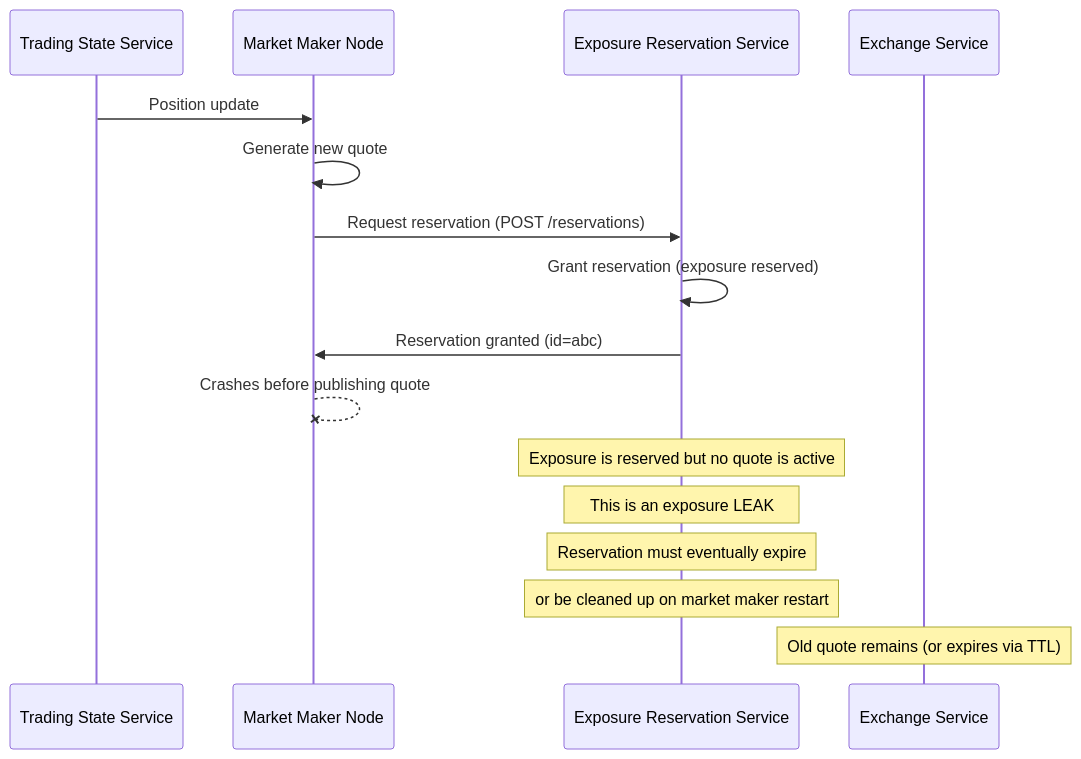
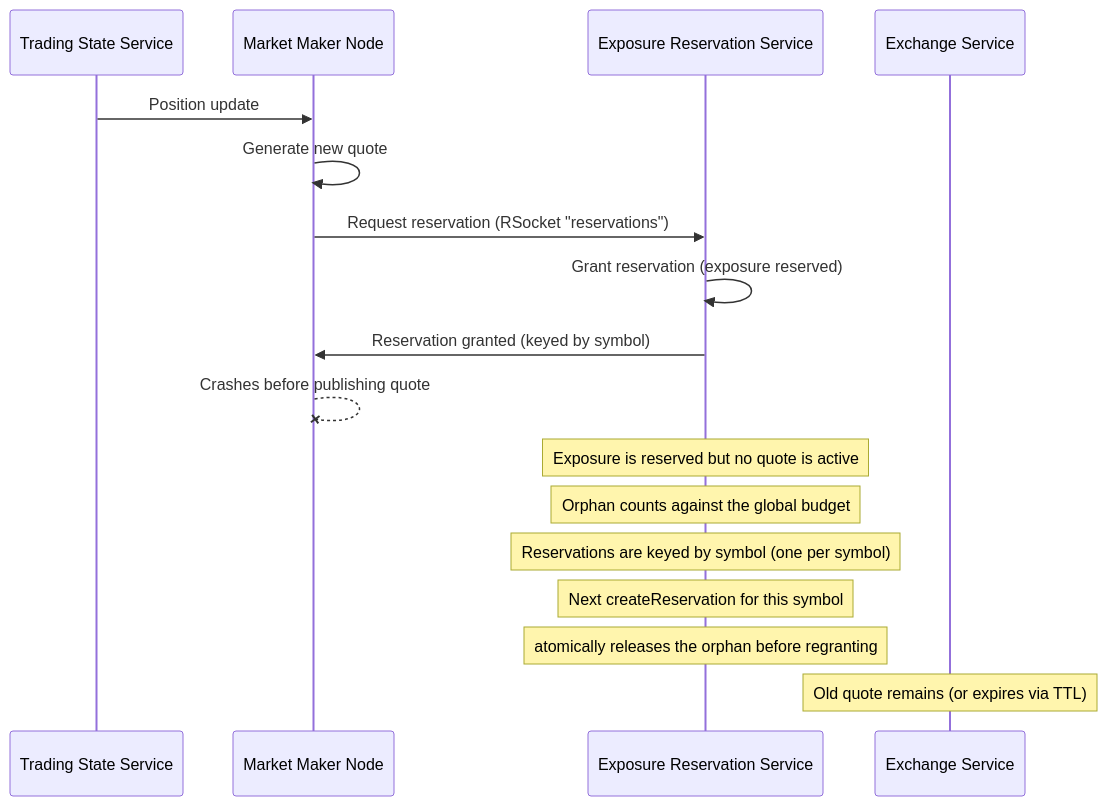
One commit to S26-Distributed-Capstone/Velocity-Trading changed the fifth of 11 diagrams in docs/error-cases.md. Above: the diagram before and after it, drawn with Mermaid. The commit also changed other lines of this file and 1 other file, not shown here.

````diff
--- a/docs/error-cases.md
+++ b/docs/error-cases.md
@@ -90,18 +90,19 @@
 ```mermaid
 sequenceDiagram
   participant state as Trading State Service
   participant maker as Market Maker Node
   participant reservation as Exposure Reservation Service
   participant exchange as Exchange Service
   state->>maker: Position update
   maker->>maker: Generate new quote
-  maker->>reservation: Request reservation (POST /reservations)
+  maker->>reservation: Request reservation (RSocket "reservations")
   reservation->>reservation: Grant reservation (exposure reserved)
-  reservation->>maker: Reservation granted (id=abc)
+  reservation->>maker: Reservation granted (keyed by symbol)
   maker--xmaker: Crashes before publishing quote
   Note over reservation: Exposure is reserved but no quote is active
-  Note over reservation: This is an exposure LEAK
-  Note over reservation: Reservation must eventually expire
-  Note over reservation: or be cleaned up on market maker restart
+  Note over reservation: Orphan counts against the global budget
+  Note over reservation: Reservations are keyed by symbol (one per symbol)
+  Note over reservation: Next createReservation for this symbol
+  Note over reservation: atomically releases the orphan before regranting
   Note over exchange: Old quote remains (or expires via TTL)
 ```
````
